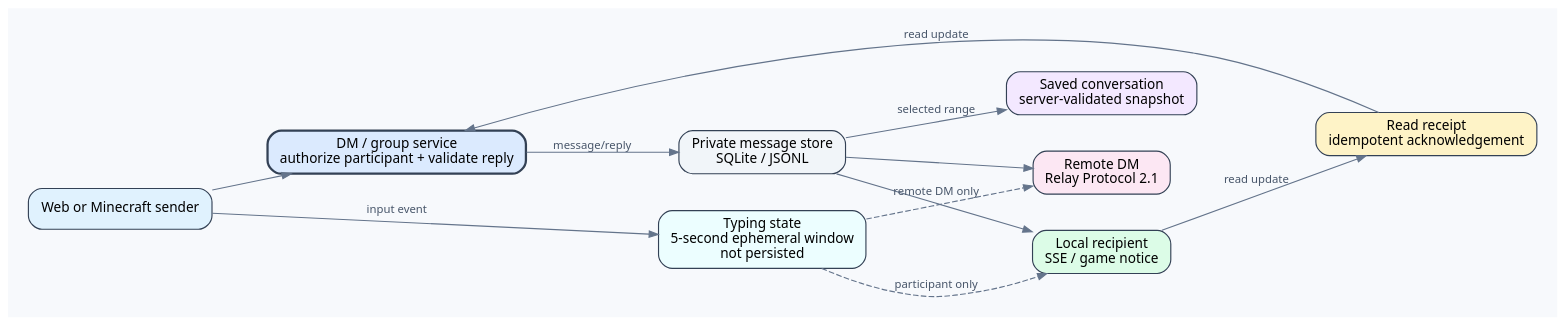
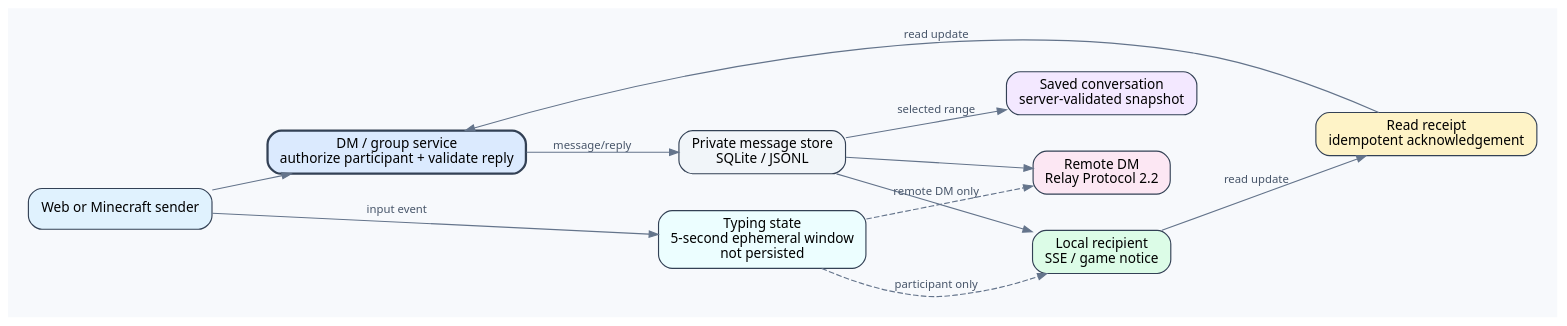
One commit to KOKOTO-DEV/KOKOTO-WebChat changed the diagram in docs/assets/source/private-conversation-flow.dot. Above: the diagram before and after it, drawn with Graphviz. The commit also changed 555 other files, not shown here.

```diff
--- a/docs/assets/source/private-conversation-flow.dot
+++ b/docs/assets/source/private-conversation-flow.dot
@@ -1,25 +1,25 @@
 digraph G {
   graph [bgcolor="#F7F9FC", pad="0.25", nodesep="0.45", ranksep="0.65", fontname="Noto Sans", labelloc="t"];
   node [shape=box, style="rounded,filled", fontname="Noto Sans", fontsize=12, color="#334155", fillcolor="#FFFFFF", margin="0.14,0.09"];
   edge [fontname="Noto Sans", fontsize=10, color="#64748B", fontcolor="#475569", arrowsize=0.8];
 
   rankdir=LR;
   sender [label="Web or Minecraft sender", fillcolor="#E0F2FE"];
   service [label="DM / group service\nauthorize participant + validate reply", fillcolor="#DBEAFE", penwidth=2];
   store [label="Private message store\nSQLite / JSONL", fillcolor="#F1F5F9"];
   local [label="Local recipient\nSSE / game notice", fillcolor="#DCFCE7"];
-  relay [label="Remote DM\nRelay Protocol 2.1", fillcolor="#FCE7F3"];
+  relay [label="Remote DM\nRelay Protocol 2.2", fillcolor="#FCE7F3"];
   read [label="Read receipt\nidempotent acknowledgement", fillcolor="#FEF3C7"];
   typing [label="Typing state\n5-second ephemeral window\nnot persisted", fillcolor="#ECFEFF"];
   archive [label="Saved conversation\nserver-validated snapshot", fillcolor="#F3E8FF"];
 
   sender -> service;
   service -> store [label="message/reply"];
   store -> local;
   store -> relay;
   local -> read -> service [label="read update"];
   sender -> typing [label="input event"];
   typing -> local [style=dashed,label="participant only"];
   typing -> relay [style=dashed,label="remote DM only"];
   store -> archive [label="selected range"];
 }
```
